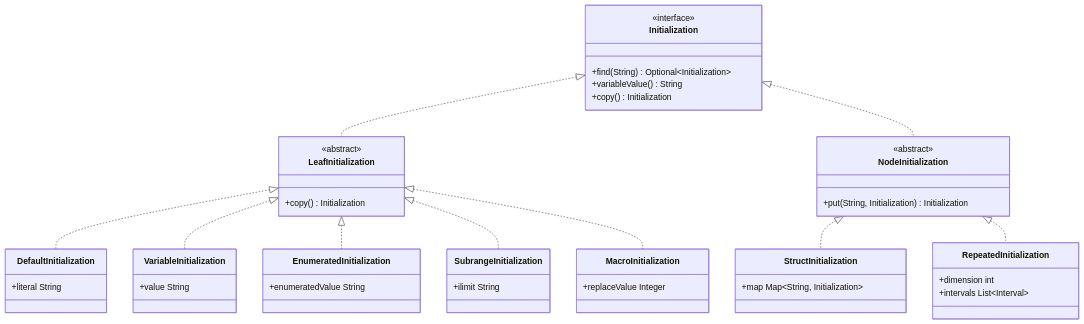
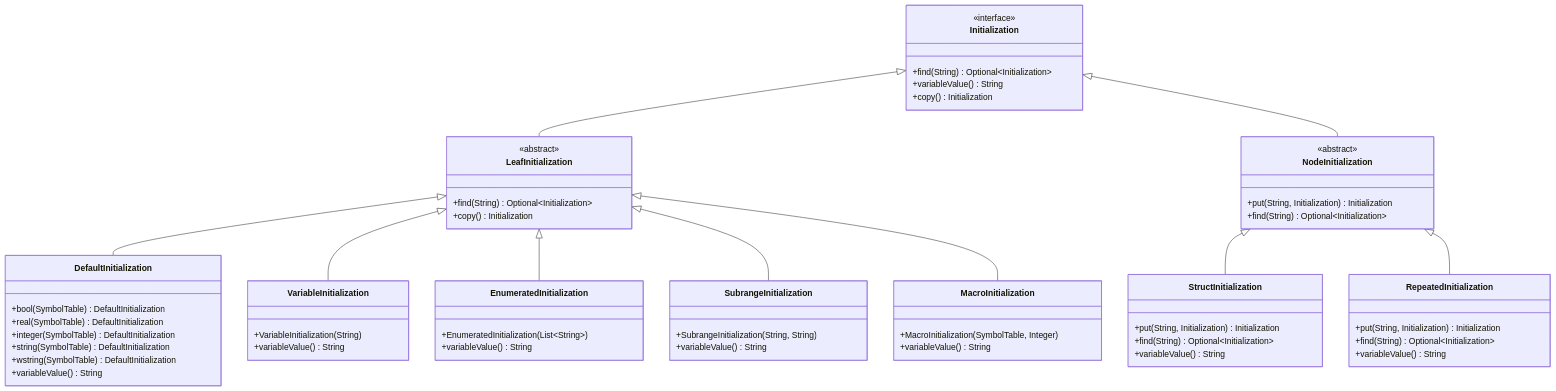
Before and after one commit to PascalUser/FLC-IEC61131-7: the third of 6 diagrams in doc/modules/parser.md, drawn with Mermaid. The commit also changed other lines of this file and 191 other files, not shown here.

````diff
--- a/doc/modules/parser.md
+++ b/doc/modules/parser.md
@@ -555,48 +580,62 @@
 ```mermaid
 classDiagram
     class Initialization {
         <<interface>>
         +find(String) Optional~Initialization~
         +variableValue() String
         +copy() Initialization
     }
     class LeafInitialization {
         <<abstract>>
+        +find(String) Optional~Initialization~
         +copy() Initialization
     }
     class DefaultInitialization {
-        +literal String
+        +bool(SymbolTable) DefaultInitialization
+        +real(SymbolTable) DefaultInitialization
+        +integer(SymbolTable) DefaultInitialization
+        +string(SymbolTable) DefaultInitialization
+        +wstring(SymbolTable) DefaultInitialization
+        +variableValue() String
     }
     class VariableInitialization {
-        +value String
+        +VariableInitialization(String)
+        +variableValue() String
     }
     class EnumeratedInitialization {
-        +enumeratedValue String
+        +EnumeratedInitialization(List~String~)
+        +variableValue() String
     }
     class SubrangeInitialization {
-        +ilimit String
+        +SubrangeInitialization(String, String)
+        +variableValue() String
     }
     class MacroInitialization {
-        +replaceValue Integer
+        +MacroInitialization(SymbolTable, Integer)
+        +variableValue() String
     }
     class NodeInitialization {
         <<abstract>>
         +put(String, Initialization) Initialization
+        +find(String) Optional~Initialization~
     }
     class StructInitialization {
-        +map Map~String, Initialization~
+        +put(String, Initialization) Initialization
+        +find(String) Optional~Initialization~
+        +variableValue() String
     }
     class RepeatedInitialization {
-        +dimension int
-        +intervals List~Interval~
+        +put(String, Initialization) Initialization
+        +find(String) Optional~Initialization~
+        +variableValue() String
     }
-    Initialization <|.. LeafInitialization
-    Initialization <|.. NodeInitialization
-    LeafInitialization <|.. DefaultInitialization
-    LeafInitialization <|.. VariableInitialization
-    LeafInitialization <|.. EnumeratedInitialization
-    LeafInitialization <|.. SubrangeInitialization
-    LeafInitialization <|.. MacroInitialization
-    NodeInitialization <|.. StructInitialization
-    NodeInitialization <|.. RepeatedInitialization
+    Initialization <|-- LeafInitialization
+    Initialization <|-- NodeInitialization
+    LeafInitialization <|-- DefaultInitialization
+    LeafInitialization <|-- VariableInitialization
+    LeafInitialization <|-- EnumeratedInitialization
+    LeafInitialization <|-- SubrangeInitialization
+    LeafInitialization <|-- MacroInitialization
+    NodeInitialization <|-- StructInitialization
+    NodeInitialization <|-- RepeatedInitialization
 ```
````
